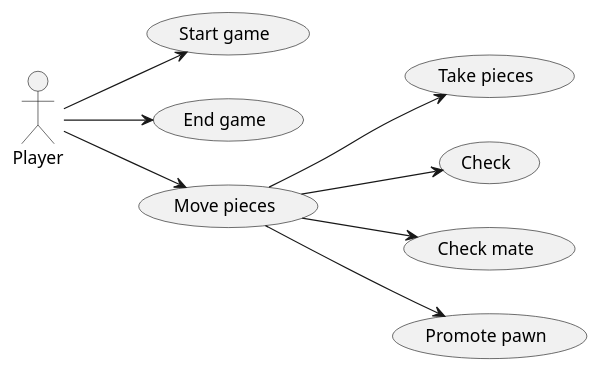
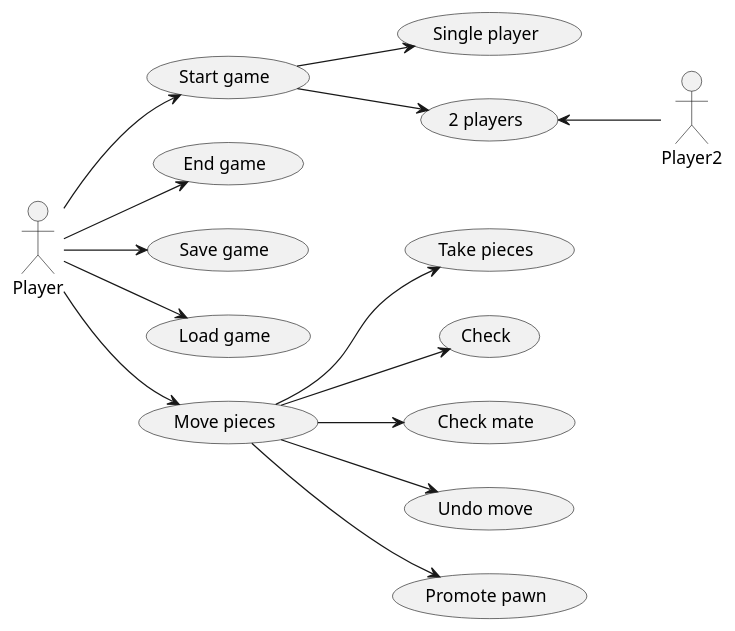
The diagram in UML/UseCase.plantuml (BachDi/chess_game), drawn with PlantUML before and after one commit. The commit also changed 8 other files, not shown here.

Commit message:
update UML

```diff
--- a/UML/UseCase.plantuml
+++ b/UML/UseCase.plantuml
@@ -1,18 +1,30 @@
 @startuml playerUseCase
 left to right direction
 actor Player as p
+actor Player2 as p2
 usecase "Start game" as startGame
 usecase "End game" as endGame
+usecase "Save game" as saveGame
+usecase "Load game" as loadGame
 usecase "Move pieces" as movePieces
 usecase "Take pieces" as takePieces
 usecase "Check" as check
 usecase "Check mate" as checkMate
+usecase "Undo move" as undo
 usecase "Promote pawn" as promote
+usecase "Single player" as sp
+usecase "2 players" as 2p
 p --> startGame
-p --> endGame
+startGame --> sp
+startGame --> 2p
+2p <-- p2
+p --> saveGame
+p --> loadGame
 p --> movePieces
 movePieces --> takePieces
 movePieces --> check
 movePieces --> checkMate
 movePieces --> promote
+movePieces --> undo
+p --> endGame
 @enduml
```
